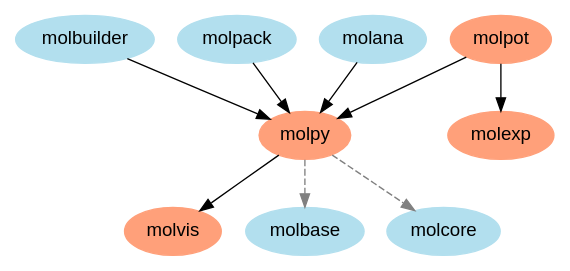
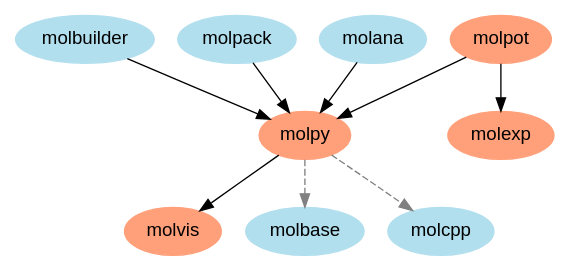
The diagram in docs/asserts/deps.dot (MolCrafts/molcrafts), drawn with Graphviz before and after one commit. The commit also changed 5 other files, not shown here.

```diff
--- a/docs/asserts/deps.dot
+++ b/docs/asserts/deps.dot
@@ -1,22 +1,22 @@
 
 digraph deps {
     fontname="Helvetica,Arial,sans-serif"
     node [fontname="Helvetica,Arial,sans-serif"]
     edge [fontname="Helvetica,Arial,sans-serif"]
     node [color=lightblue2, style=filled];
 
     "molpy"  [color=lightsalmon, href="https://github.com/MolCrafts/molpy"]
     "molpot" [color=lightsalmon, href="https://github.com/MolCrafts/molpot"]
     "molvis" [color=lightsalmon, href="https://github.com/MolCrafts/molvis"]
     "molexp" [color=lightsalmon, href="https://github.com/MolCrafts/molexp"]
 
     "molpot"     -> "molexp"
     "molpy"      -> "molvis"
     "molbuilder" -> "molpy"
     "molpack"  -> "molpy"
     "molana"  -> "molpy"
     "molpot" -> "molpy"
     "molpy" -> "molbase" [style=dashed, color=grey]
-    "molpy" -> "molcore" [style=dashed, color=grey]
+    "molpy" -> "molcpp" [style=dashed, color=grey]
 
 }
```
